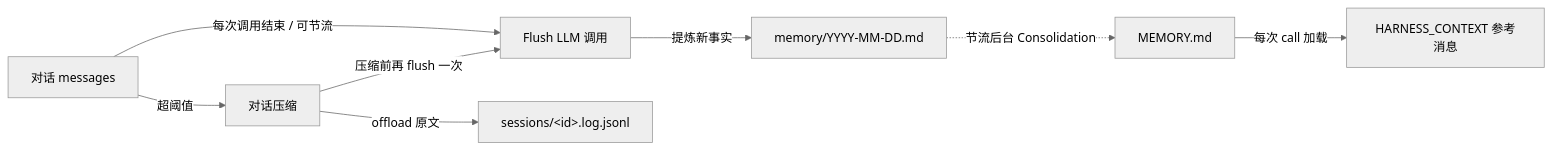
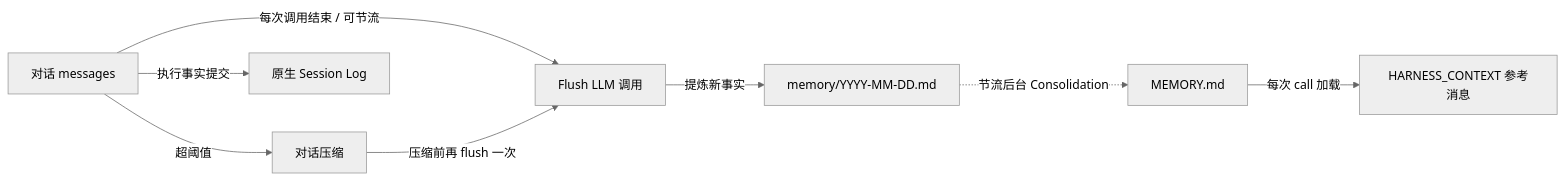
One commit to agentscope-ai/agentscope-java changed the diagram in docs/v2/zh/docs/harness/memory.md. Above: the diagram before and after it, drawn with Mermaid (neutral theme). The commit also changed other lines of this file and 1075 other files, not shown here.

````diff
--- a/docs/v2/zh/docs/harness/memory.md
+++ b/docs/v2/zh/docs/harness/memory.md
@@ -34,11 +34,11 @@
 ```mermaid
 graph LR
     Conv["对话 messages"]
     Conv -->|每次调用结束 / 可节流| Flush["Flush LLM 调用"]
     Flush -->|提炼新事实| Daily["memory/YYYY-MM-DD.md"]
     Conv -->|超阈值| Compactor["对话压缩"]
-    Compactor -->|offload 原文| Sess["sessions/&lt;id&gt;.log.jsonl"]
+    Conv -->|执行事实提交| Sess["原生 Session Log"]
     Compactor -->|压缩前再 flush 一次| Flush
     Daily -. 节流后台 Consolidation .-> MEM["MEMORY.md"]
     MEM -->|每次 call 加载| SYS["HARNESS_CONTEXT 参考消息"]
 ```
````
